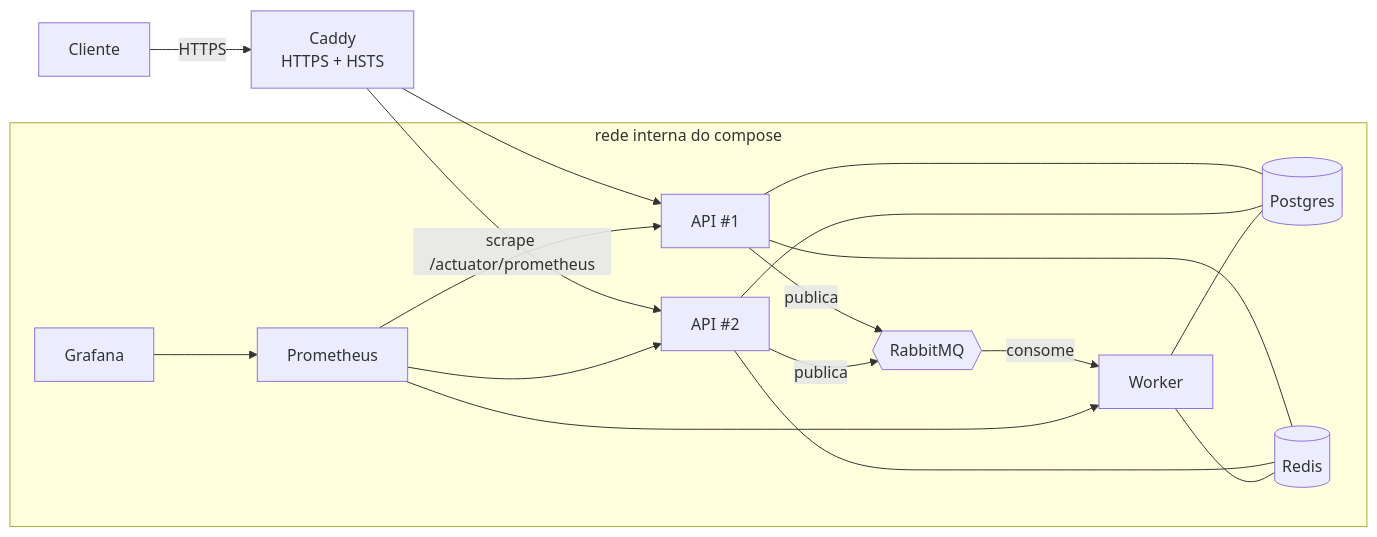
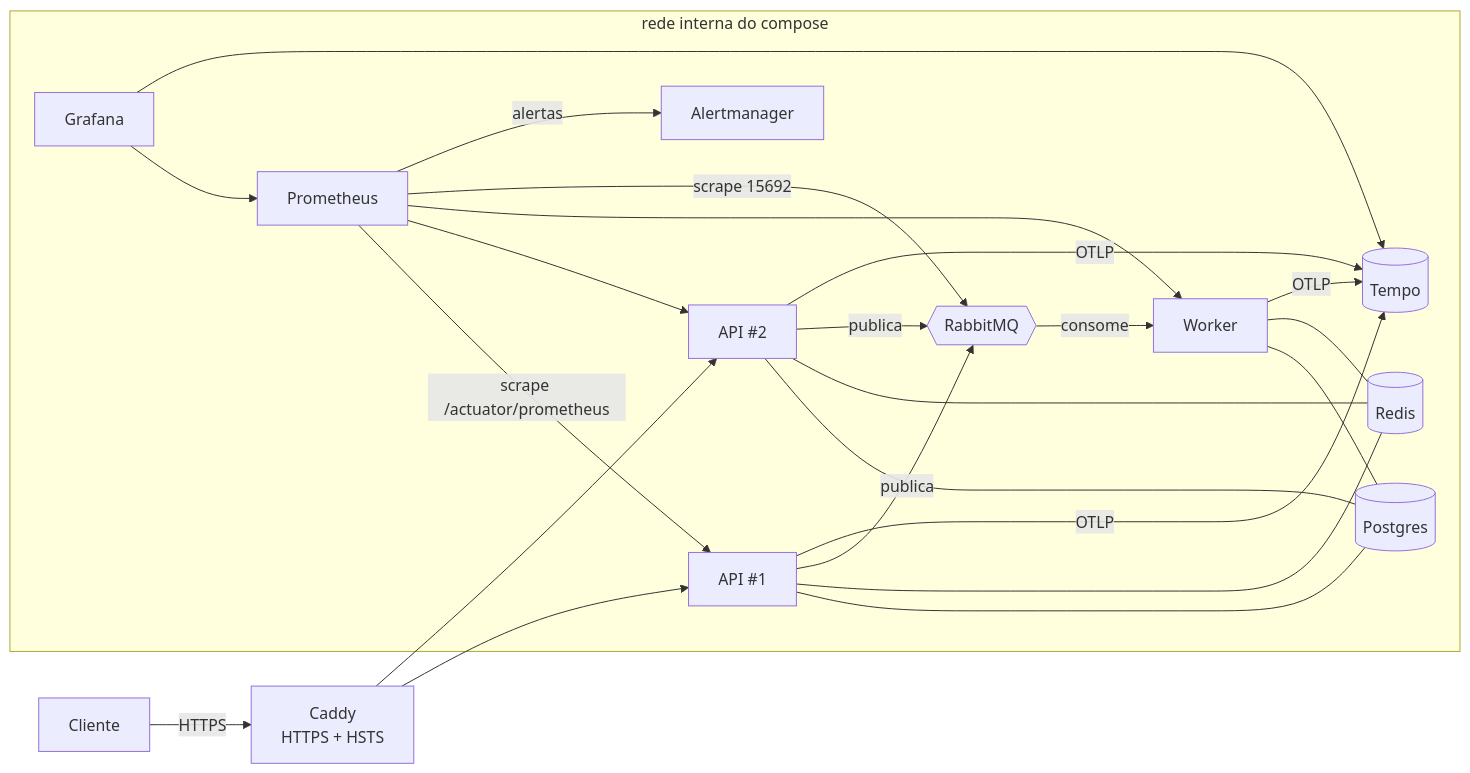
Before and after one commit to Luis-gabriel-dev/mercury-shop: the diagram in README.md, drawn with Mermaid. The commit also changed other lines of this file and 14 other files, not shown here.

````diff
--- a/README.md
+++ b/README.md
@@ -211,21 +235,27 @@
 ```mermaid
 flowchart LR
   client[Cliente] -->|HTTPS| caddy[Caddy<br/>HTTPS + HSTS]
   caddy --> api1[API #1]
   caddy --> api2[API #2]
   subgraph interna[rede interna do compose]
     api1 --- pg[(Postgres)]
     api2 --- pg
     api1 --- redis[(Redis)]
     api2 --- redis
     api1 -->|publica| mq{{RabbitMQ}}
     api2 -->|publica| mq
     mq -->|consome| worker[Worker]
     worker --- pg
     worker --- redis
     prom[Prometheus] -->|scrape /actuator/prometheus| api1
     prom --> api2
     prom --> worker
+    prom -->|scrape 15692| mq
+    prom -->|alertas| am[Alertmanager]
+    api1 -->|OTLP| tempo[(Tempo)]
+    api2 -->|OTLP| tempo
+    worker -->|OTLP| tempo
     grafana[Grafana] --> prom
+    grafana --> tempo
   end
 ```
````
